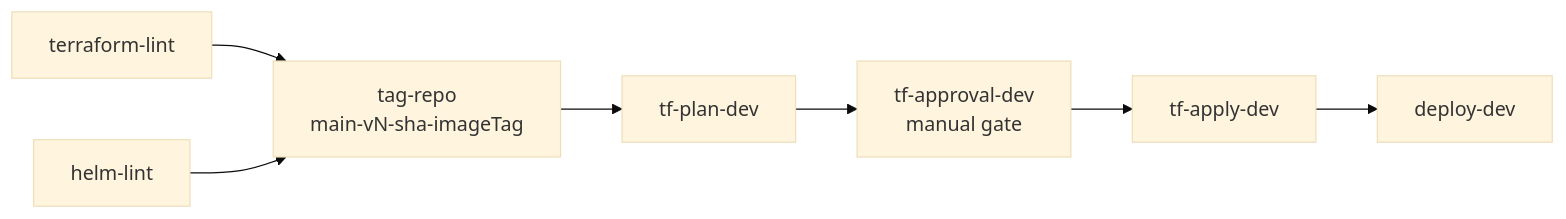
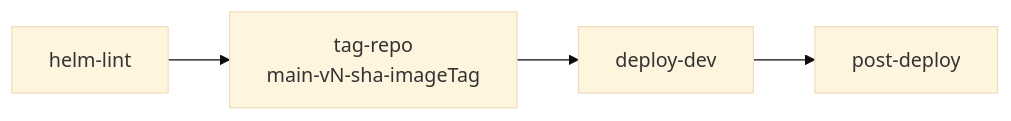
The first of 3 diagrams in README.md (entur/otp2int-deployment-config), drawn with Mermaid (base theme) before and after one commit. The commit also changed other lines of this file and 7 other files, not shown here.

````diff
--- a/README.md
+++ b/README.md
@@ -57,14 +65,9 @@
 ```mermaid
 flowchart LR
-    TFL[terraform-lint]
     HL[helm-lint]
     TAG[tag-repo\nmain-vN-sha-imageTag]
-    TFP[tf-plan-dev]
-    TFA[tf-approval-dev\nmanual gate]
-    TFAP[tf-apply-dev]
     DEP[deploy-dev]
+    POST[post-deploy]
 
-    TFL --> TAG
-    HL --> TAG
-    TAG --> TFP --> TFA --> TFAP --> DEP
+    HL --> TAG --> DEP --> POST
 ```
````
